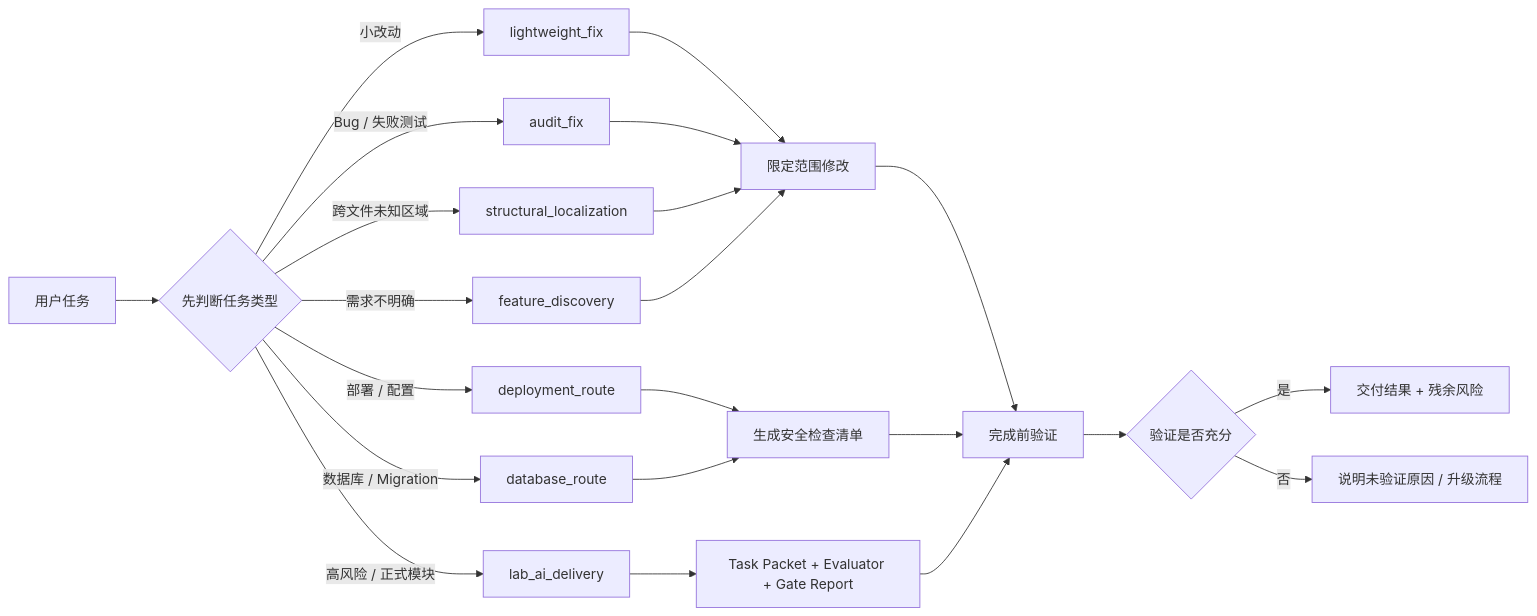
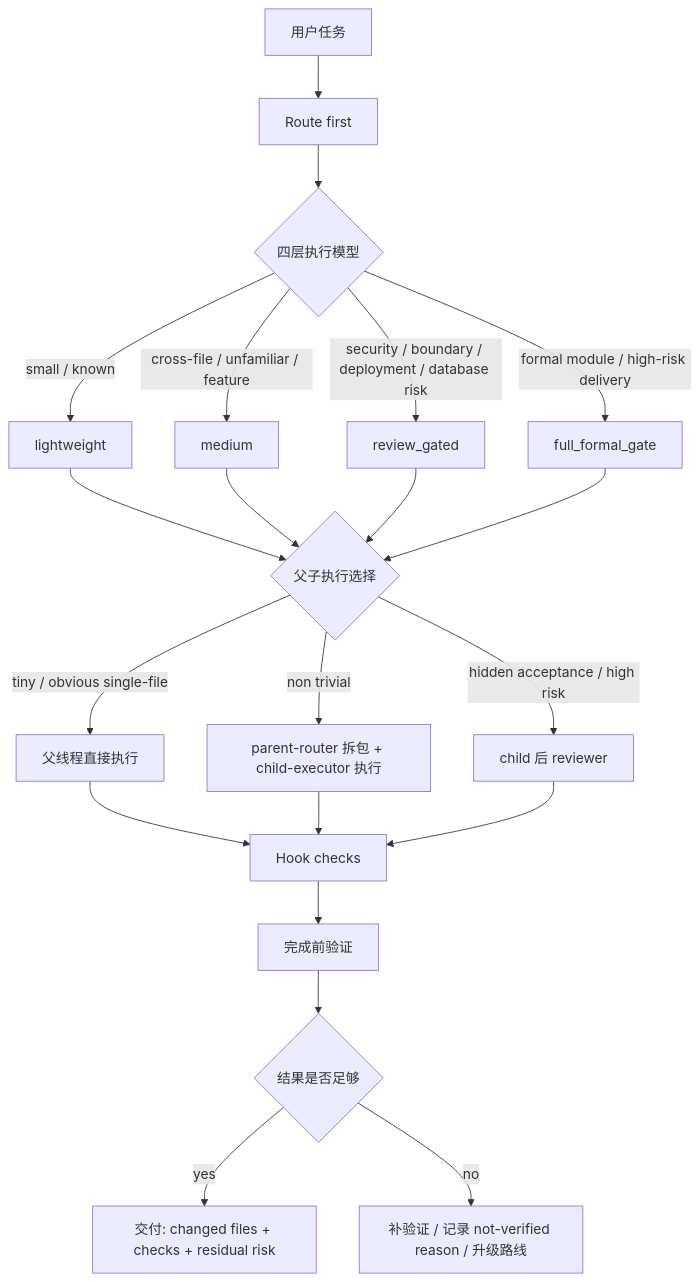
Before and after one commit to politzcly-star/personal-workflow-harness-v2: the diagram in README.md, drawn with Mermaid. The commit also changed other lines of this file and 27 other files, not shown here.

````diff
--- a/README.md
+++ b/README.md
@@ -48,26 +28,27 @@
 ```mermaid
-flowchart LR
-    A[用户任务] --> B{先判断任务类型}
-    B -->|小改动| C[lightweight_fix]
-    B -->|Bug / 失败测试| D[audit_fix]
-    B -->|跨文件未知区域| E[structural_localization]
-    B -->|需求不明确| F[feature_discovery]
-    B -->|部署 / 配置| G[deployment_route]
-    B -->|数据库 / Migration| H[database_route]
-    B -->|高风险 / 正式模块| I[lab_ai_delivery]
+flowchart TD
+    A["用户任务"] --> B["Route first"]
+    B --> C{"四层执行模型"}
+    C -->|small / known| L["lightweight"]
+    C -->|cross-file / unfamiliar / feature| M["medium"]
+    C -->|security / boundary / deployment / database risk| R["review_gated"]
+    C -->|formal module / high-risk delivery| F["full_formal_gate"]
 
-    C --> J[限定范围修改]
-    D --> J
-    E --> J
-    F --> J
-    G --> K[生成安全检查清单]
-    H --> K
-    I --> L[Task Packet + Evaluator + Gate Report]
+    L --> P{"父子执行选择"}
+    M --> P
+    R --> P
+    F --> P
 
-    J --> M[完成前验证]
-    K --> M
-    L --> M
-    M --> N{验证是否充分}
-    N -->|是| O[交付结果 + 残余风险]
-    N -->|否| P[说明未验证原因 / 升级流程]
+    P -->|tiny / obvious single-file| P1["父线程直接执行"]
+    P -->|non trivial| P2["parent-router 拆包 + child-executor 执行"]
+    P -->|hidden acceptance / high risk| P3["child 后 reviewer"]
+
+    P1 --> H["Hook checks"]
+    P2 --> H
+    P3 --> H
+
+    H --> V["完成前验证"]
+    V --> S{"结果是否足够"}
+    S -->|yes| D["交付: changed files + checks + residual risk"]
+    S -->|no| E["补验证 / 记录 not-verified reason / 升级路线"]
 ```
````
